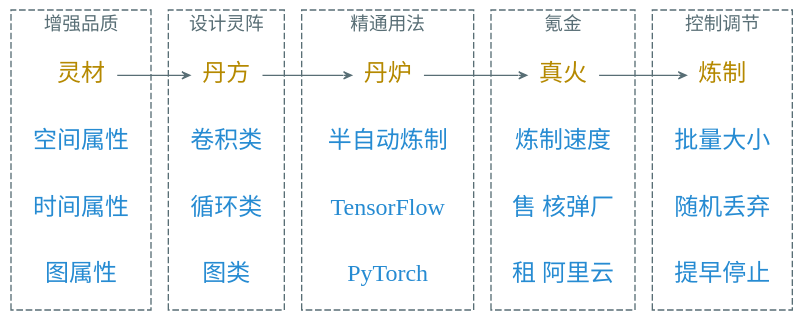
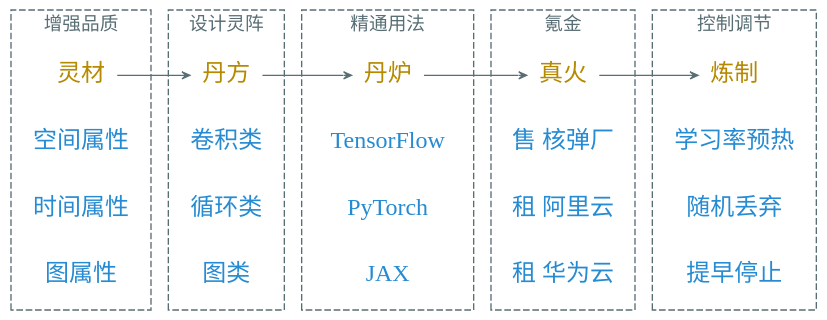
The diagram in dot/alchemy.dot (Avanti1980/course-ml), drawn with Graphviz before and after one commit. The commit also changed 60 other files, not shown here.

```diff
--- a/dot/alchemy.dot
+++ b/dot/alchemy.dot
@@ -1,79 +1,79 @@
 digraph g {
     bgcolor=transparent
     graph [nodesep=0.2, ranksep=0.4]
     rankdir=LR
     node [shape=plaintext, color="#586e75", fontname="LXGWWenKai", fontcolor="#b58900", fontsize=18]
     edge [arrowhead=vee, color="#586e75", fontname="LXGWWenKai", fontcolor="#268bd2", fontsize=14, arrowsize=0.6]
 
     subgraph cluster_1 {
         color="#586e75"
         fontcolor="#586e75"
         style="dashed"
         fontname="LXGWWenKai"
         label="增强品质"
 
         灵材
 
         node [fontcolor="#268bd2"]
 
         空间属性 时间属性 图属性
     }
 
     subgraph cluster_2 {
         color="#586e75"
         fontcolor="#586e75"
         style="dashed"
         fontname="LXGWWenKai"
         label="设计灵阵"
 
         丹方
 
         node [fontcolor="#268bd2"]
 
         卷积类 循环类 图类
     }
 
     subgraph cluster_3 {
         color="#586e75"
         fontcolor="#586e75"
         style="dashed"
         fontname="LXGWWenKai"
         label="精通用法"
 
         丹炉
 
         node [fontcolor="#268bd2"]
 
-        半自动炼制 TensorFlow PyTorch
+        TensorFlow PyTorch JAX
     }
 
     subgraph cluster_4 {
         color="#586e75"
         fontcolor="#586e75"
         style="dashed"
         fontname="LXGWWenKai"
         label="氪金"
 
         真火
 
         node [fontcolor="#268bd2"]
 
-        炼制速度 "售 核弹厂" "租 阿里云"
+        "售 核弹厂" "租 阿里云" "租 华为云"
     }
 
     subgraph cluster_5 {
         color="#586e75"
         fontcolor="#586e75"
         style="dashed"
         fontname="LXGWWenKai"
         label="控制调节"
 
         炼制
 
         node [fontcolor="#268bd2"]
 
-        批量大小 随机丢弃 提早停止
+        学习率预热 随机丢弃 提早停止
     }
 
     灵材 -> 丹方 -> 丹炉 -> 真火 -> 炼制
 }
```
